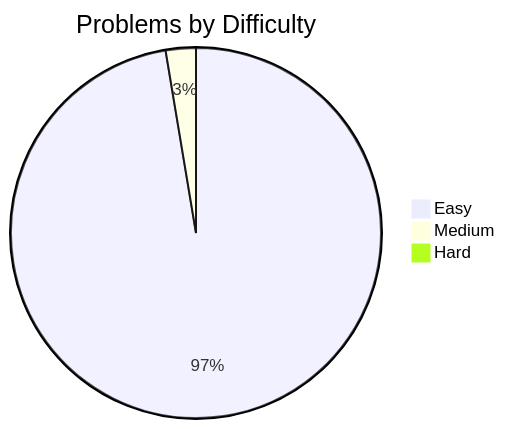
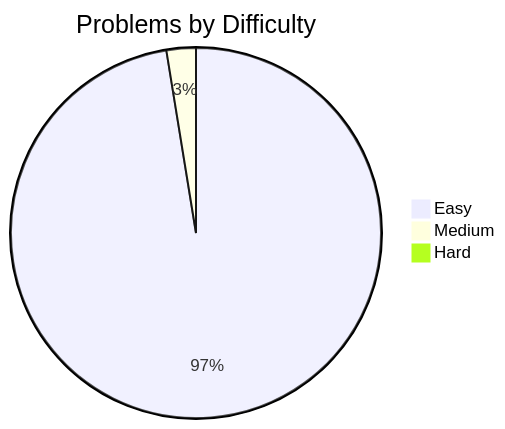
Before and after one commit to davelin18yufan/leetcode-journal: the diagram in README.md, drawn with Mermaid. The commit also changed other lines of this file and 4 other files, not shown here.

````diff
--- a/README.md
+++ b/README.md
@@ -7,7 +7,7 @@
 ```mermaid
 pie
     title Problems by Difficulty
-    "Easy" : 37
+    "Easy" : 38
     "Medium" : 1
     "Hard" : 0
 ```
````
